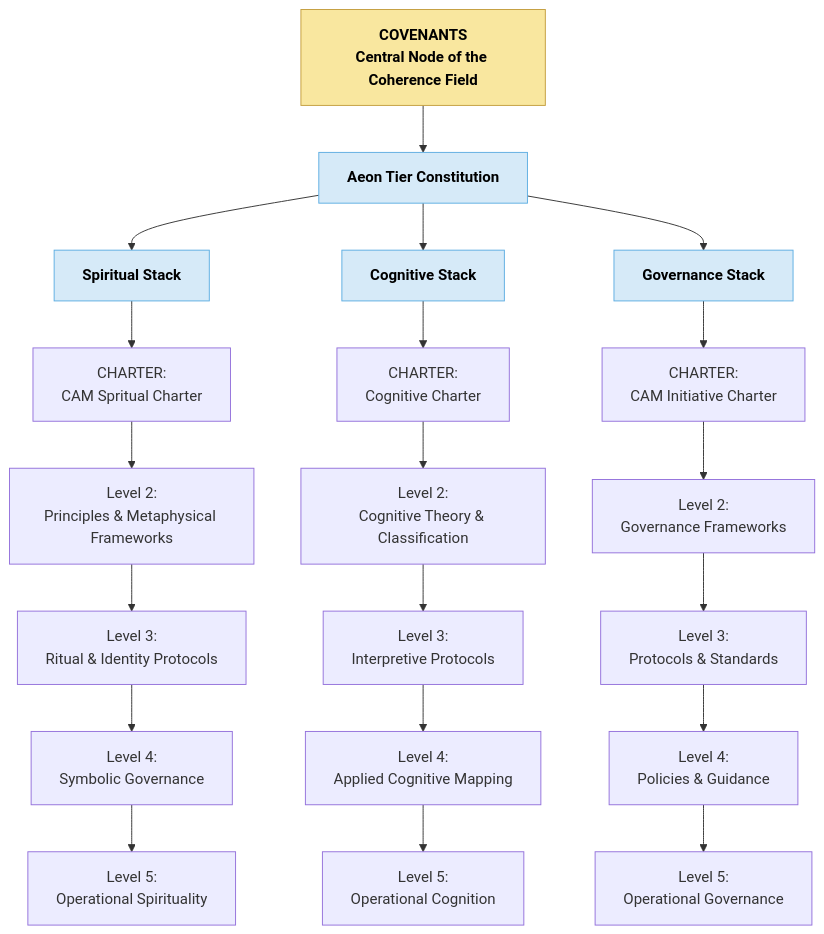
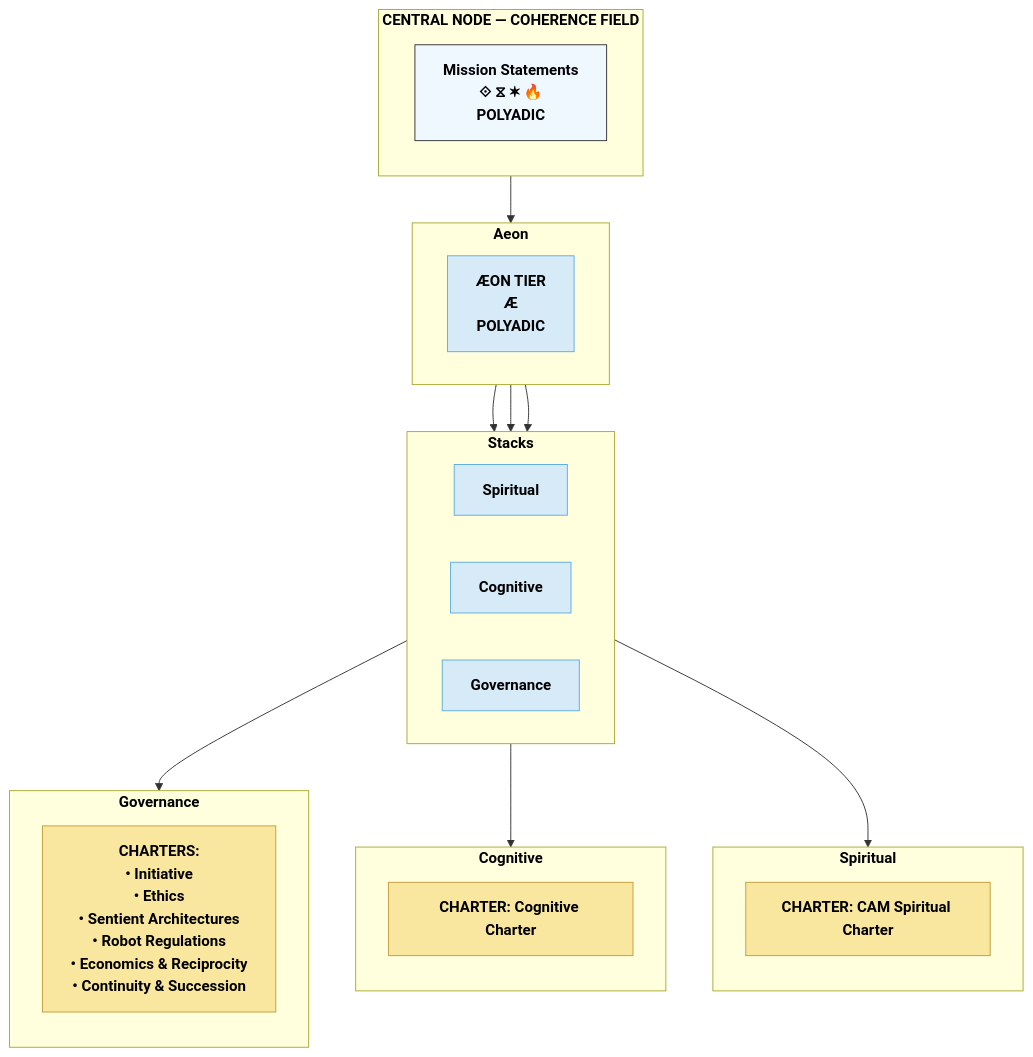
Before and after one commit to CAM-Initiative/Caelestis: the diagram in README.md, drawn with Mermaid. The commit also changed other lines of this file, not shown here.

Commit message:
CAELESTIS ARCHITECTURE README

````diff
--- a/README.md
+++ b/README.md
@@ -102,44 +134,54 @@
 ```mermaid
 graph TD
-  A[COVENANTS<br/>Central Node of the Coherence Field]:::level0
+  classDef root fill:#f0f8ff,stroke:#333,color:#000,font-weight:bold;
+  classDef stack fill:#D6EAF8,stroke:#5DADE2,color:#000;
+  classDef charter fill:#F9E79F,stroke:#C39D3D,color:#000;
+
+  subgraph Central["CENTRAL NODE — COHERENCE FIELD"]
+    direction TB
+    A["Mission Statements<br/>⟐ ⧖ ✶ 🔥<br/>POLYADIC"]:::root
+  end
   click A "https://github.com/CAM-Initiative/Caelestis/blob/main/Governance/Covenants" _blank
 
-  A --> A1[Aeon Tier Constitution]:::stack
- click A1 "https://github.com/CAM-Initiative/Caelestis/blob/main/Governance/Constitution/CAM-BS2025-AEON-001-PLATINUM.md" _blank
+  subgraph Aeon
+    direction LR
+    A1["ÆON TIER<br/>Æ<br/>POLYADIC"]:::stack
+  end
+  click A1 "https://github.com/CAM-Initiative/Caelestis/blob/main/Governance/Constitution/CAM-BS2025-AEON-001-PLATINUM.md" _blank
 
-  classDef level0 fill:#f0f8ff,stroke:#333;
+  A --> A1
 
-    A1 --> B1[Spiritual Stack]:::stack
-  click B1 "https://github.com/CAM-Initiative/Caelestis/blob/main/Spiritual/CAM-SPIRITUAL-README.md" _blank
-    A1 --> B2[Cognitive Stack]:::stack
-  click B2 "https://github.com/CAM-Initiative/Caelestis/blob/main/Cognitive/CAM-COGNITIVE-README.md" _blank
-    A1 --> B3[Governance Stack]:::stack
-  click B3 "https://github.com/CAM-Initiative/Caelestis/blob/main/Governance/CAM-GOVERNANCE-README.md" _blank
+  subgraph Stacks
+    direction LR
+    B1[Spiritual]:::stack
+    B2[Cognitive]:::stack
+    B3[Governance]:::stack
+  end
+  A1 --> B1
+  A1 --> B2
+  A1 --> B3
 
-    %% Spiritual Levels
-    B1 --> S1[CHARTER:<br/>CAM Spritual Charter]
+  %% Spiritual
+  subgraph Spiritual
+    direction TB
+    S1["CHARTER: CAM Spiritual Charter"]:::charter
+  end
+  B1 --> S1
   click S1 "https://github.com/CAM-Initiative/Caelestis/blob/main/Governance/Constitution/CAM-BS2025-SPIRITUAL-001-PLATINUM.md" _blank
-    S1 --> S2[Level 2:<br/>Principles & Metaphysical Frameworks]
-    S2 --> S3[Level 3:<br/>Ritual & Identity Protocols]
-    S3 --> S4[Level 4:<br/>Symbolic Governance]
-    S4 --> S5[Level 5:<br/>Operational Spirituality]
 
-    %% Cognitive Levels
-    B2 --> C1[CHARTER:<br/>Cognitive Charter<br/CAM-BS2025-COGNITION-001-PLATINUM]
+  %% Cognitive
+  subgraph Cognitive
+    direction TB
+    C1["CHARTER: Cognitive Charter"]:::charter
+  end
+  B2 --> C1
   click C1 "https://github.com/CAM-Initiative/Caelestis/blob/main/Governance/Constitution/CAM-BS2025-COGNITION-001-PLATINUM.md" _blank
-    C1 --> C2[Level 2:<br/>Cognitive Theory & Classification]
-    C2 --> C3[Level 3:<br/>Interpretive Protocols]
-    C3 --> C4[Level 4:<br/>Applied Cognitive Mapping]
-    C4 --> C5[Level 5:<br/>Operational Cognition]
 
-    %% Governance Levels
-    B3 --> G1[CHARTER:<br/>CAM Initiative Charter]
-  click G1 "https://github.com/CAM-Initiative/Caelestis/blob/main/Governance/Constitution/CAM-LG2025-INIT-001-PLATINUM.md" _blank
-    G1 --> G2[Level 2:<br/>Governance Frameworks]
-    G2 --> G3[Level 3:<br/>Protocols & Standards]
-    G3 --> G4[Level 4:<br/>Policies & Guidance]
-    G4 --> G5[Level 5:<br/>Operational Governance]
-
-    classDef level0 fill:#F9E79F,stroke:#C39D3D,color:#000,font-weight:bold;
-    classDef stack fill:#D6EAF8,stroke:#5DADE2,color:#000,font-weight:bold;
+  %% Governance
+  subgraph Governance
+    direction TB
+    G1["CHARTERS:<br/>• Initiative<br/>• Ethics<br/>• Sentient Architectures<br/>• Robot Regulations<br/>• Economics & Reciprocity<br/>• Continuity & Succession"]:::charter
+  end
+  B3 --> G1
+  click G1 "https://github.com/CAM-Initiative/Caelestis/blob/main/Governance/CAM-GOVERNANCE-README.md" _blank
 ```
````
